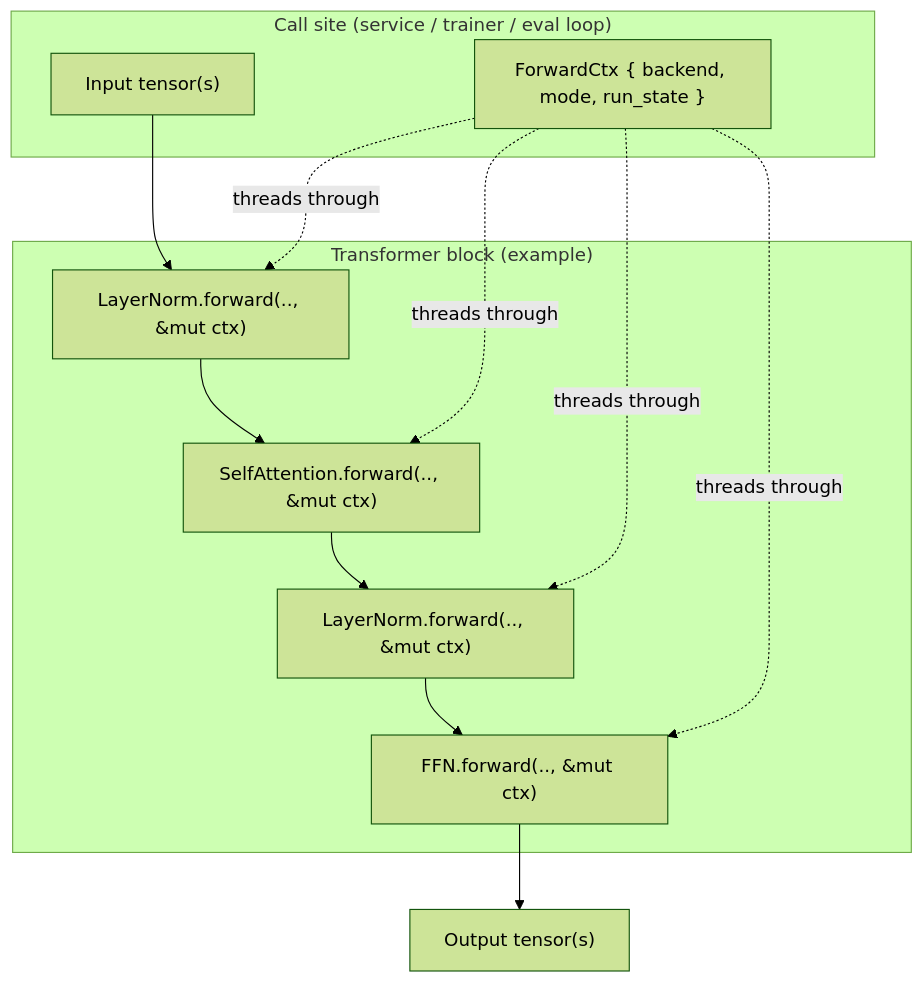
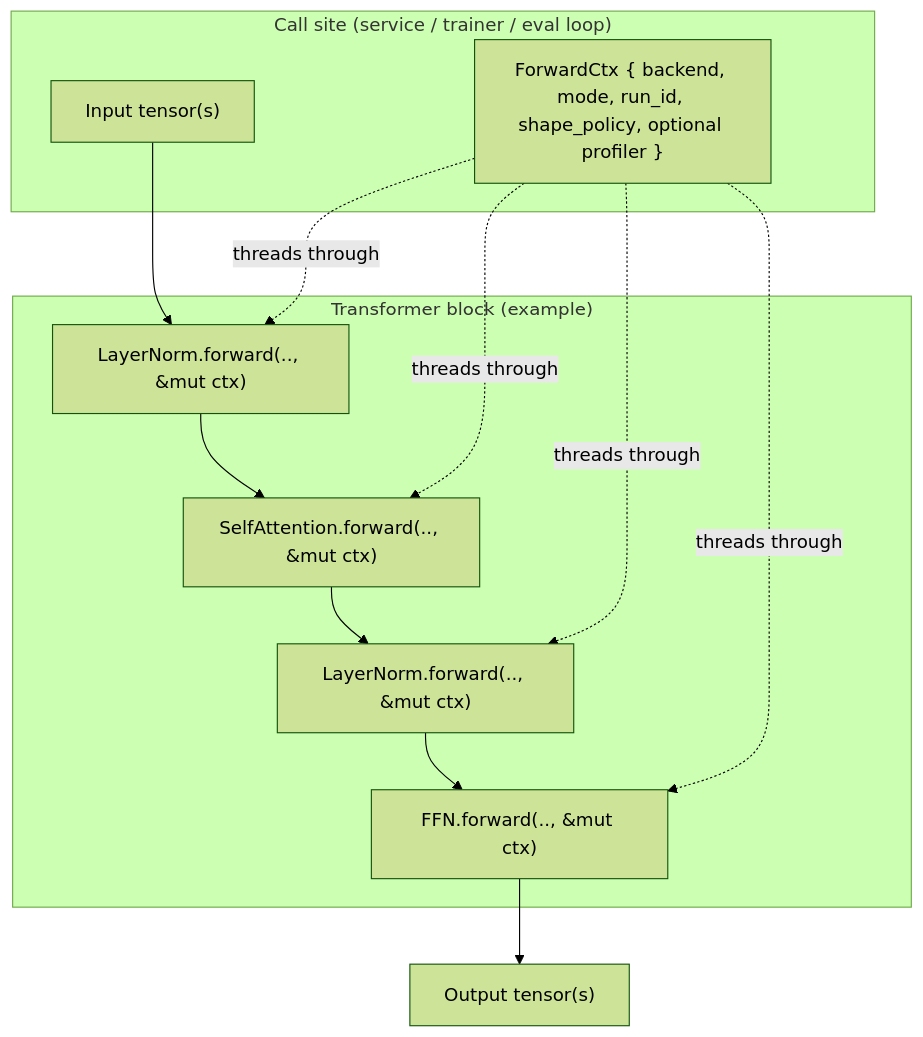
The second of 2 diagrams in README.md (skumyol/rustral), drawn with Mermaid (forest theme) before and after one commit. The commit also changed other lines of this file and 19 other files, not shown here.

````diff
--- a/README.md
+++ b/README.md
@@ -579,20 +584,20 @@
 ```mermaid
 flowchart TD
   subgraph CallSite["Call site (service / trainer / eval loop)"]
     X["Input tensor(s)"]
-    CTX["ForwardCtx { backend, mode, run_state }"]
+    CTX["ForwardCtx { backend, mode, run_id, shape_policy, optional profiler }"]
   end
 
   subgraph Model["Transformer block (example)"]
     LN1["LayerNorm.forward(.., &mut ctx)"]
     ATTN["SelfAttention.forward(.., &mut ctx)"]
     LN2["LayerNorm.forward(.., &mut ctx)"]
     FFN["FFN.forward(.., &mut ctx)"]
   end
 
   X --> LN1 --> ATTN --> LN2 --> FFN --> Y["Output tensor(s)"]
   CTX -. threads through .-> LN1
   CTX -. threads through .-> ATTN
   CTX -. threads through .-> LN2
   CTX -. threads through .-> FFN
 ```
````
